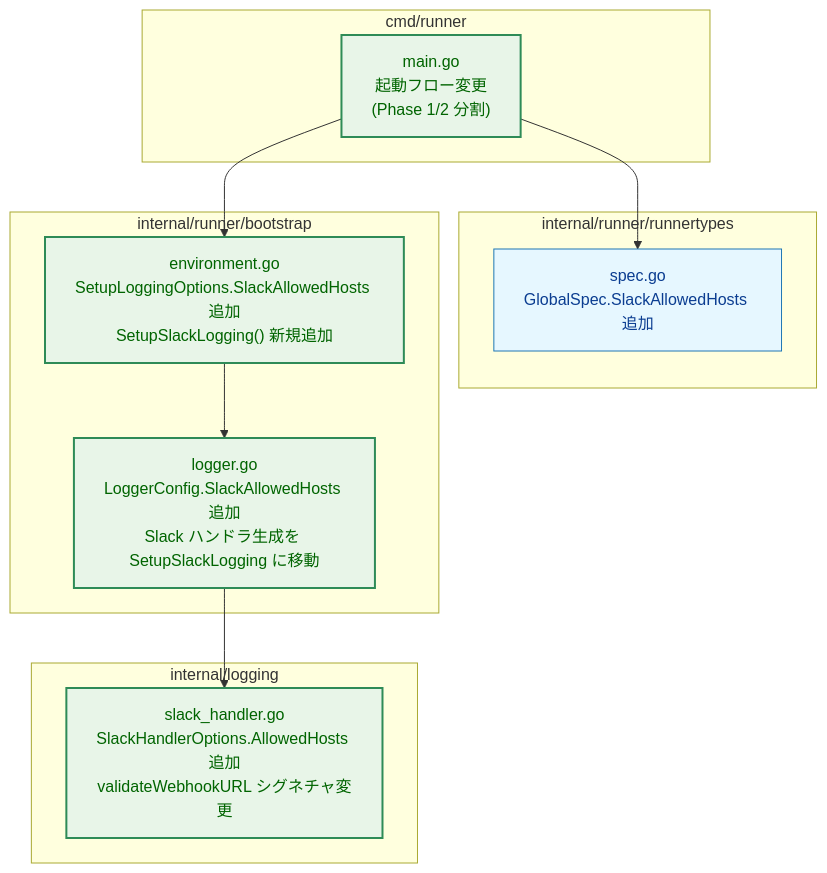
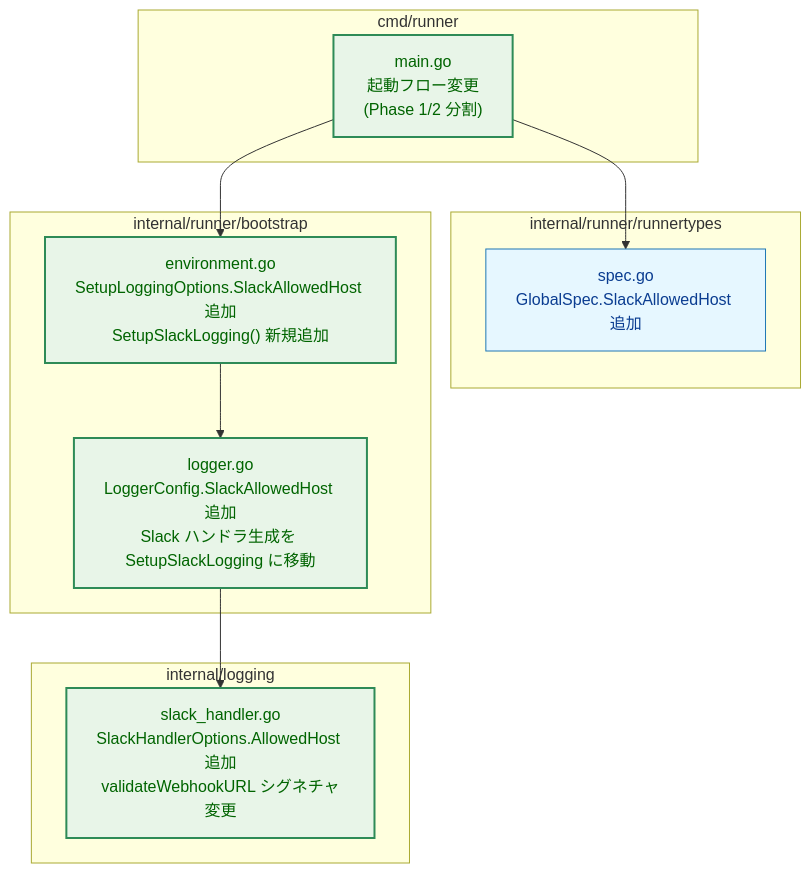
The fourth of 9 diagrams in docs/tasks/0091_slack_webhook_allowlist/02_architecture.md (isseis/go-safe-cmd-runner), drawn with Mermaid before and after one commit. The commit also changed other lines of this file and 2 other files, not shown here.

First line of the commit message:
docs(0091): change slack_allowed_hosts from []string to single string

````diff
--- a/docs/tasks/0091_slack_webhook_allowlist/02_architecture.md
+++ b/docs/tasks/0091_slack_webhook_allowlist/02_architecture.md
@@ -93,31 +94,31 @@
 ```mermaid
 graph TB
     classDef data fill:#e6f7ff,stroke:#1f77b4,stroke-width:1px,color:#0b3d91;
     classDef process fill:#fff1e6,stroke:#ff7f0e,stroke-width:1px,color:#8a3e00;
     classDef enhanced fill:#e8f5e8,stroke:#2e8b57,stroke-width:2px,color:#006400;
 
     subgraph "cmd/runner"
         MAIN["main.go<br>起動フロー変更<br>(Phase 1/2 分割)"]
     end
 
     subgraph "internal/runner/runnertypes"
-        SPEC["spec.go<br>GlobalSpec.SlackAllowedHosts 追加"]
+        SPEC["spec.go<br>GlobalSpec.SlackAllowedHost 追加"]
     end
 
     subgraph "internal/runner/bootstrap"
-        ENV["environment.go<br>SetupLoggingOptions.SlackAllowedHosts 追加<br>SetupSlackLogging() 新規追加"]
-        LOG["logger.go<br>LoggerConfig.SlackAllowedHosts 追加<br>Slack ハンドラ生成を SetupSlackLogging に移動"]
+        ENV["environment.go<br>SetupLoggingOptions.SlackAllowedHost 追加<br>SetupSlackLogging() 新規追加"]
+        LOG["logger.go<br>LoggerConfig.SlackAllowedHost 追加<br>Slack ハンドラ生成を SetupSlackLogging に移動"]
     end
 
     subgraph "internal/logging"
-        SH["slack_handler.go<br>SlackHandlerOptions.AllowedHosts 追加<br>validateWebhookURL シグネチャ変更"]
+        SH["slack_handler.go<br>SlackHandlerOptions.AllowedHost 追加<br>validateWebhookURL シグネチャ変更"]
     end
 
     MAIN --> ENV
     MAIN --> SPEC
     ENV --> LOG
     LOG --> SH
 
     class SPEC data;
     class MAIN,ENV,LOG,SH enhanced;
 ```
````
